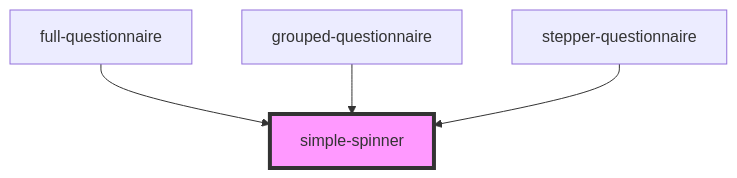
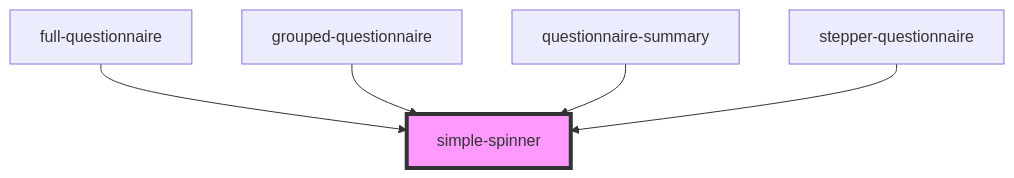
The diagram in src/components/ui/simple-spinner/readme.md (molit-institute/questionnaire-renderer), drawn with Mermaid before and after one commit. The commit also changed other lines of this file and 22 other files, not shown here.

````diff
--- a/src/components/ui/simple-spinner/readme.md
+++ b/src/components/ui/simple-spinner/readme.md
@@ -25,7 +26,8 @@
 ```mermaid
 graph TD;
   full-questionnaire --> simple-spinner
   grouped-questionnaire --> simple-spinner
+  questionnaire-summary --> simple-spinner
   stepper-questionnaire --> simple-spinner
   style simple-spinner fill:#f9f,stroke:#333,stroke-width:4px
 ```
````
